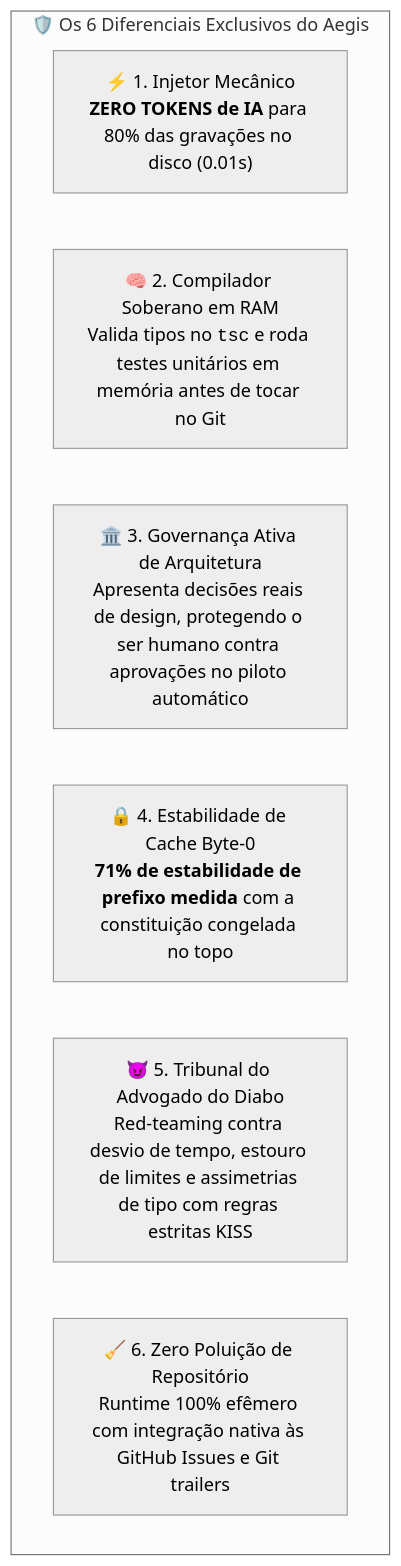
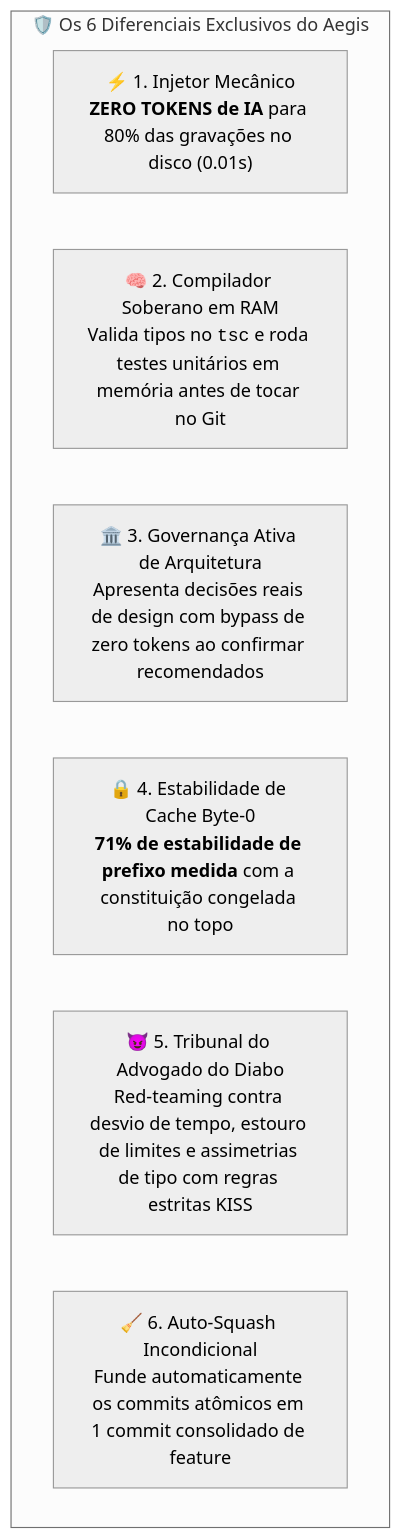
Before and after one commit to farifran/aegis-kiss: the diagram in README.pt-BR.md, drawn with Mermaid (neutral theme). The commit also changed other lines of this file and 2 other files, not shown here.

Commit message:
docs: synchronize summary.md, README.md, and README.pt-BR.md with 5-pillar ecosystem, zero-token bypass, and auto-squash architecture

````diff
--- a/README.pt-BR.md
+++ b/README.pt-BR.md
@@ -97,11 +75,11 @@
 ```mermaid
 flowchart TD
     subgraph Differentiators["🛡️ Os 6 Diferenciais Exclusivos do Aegis"]
         D1["⚡ 1. Injetor Mecânico<br/><b>ZERO TOKENS de IA</b> para 80% das gravações no disco (0.01s)"]
         D2["🧠 2. Compilador Soberano em RAM<br/>Valida tipos no <code>tsc</code> e roda testes unitários em memória antes de tocar no Git"]
-        D3["🏛️ 3. Governança Ativa de Arquitetura<br/>Apresenta decisões reais de design, protegendo o ser humano contra aprovações no piloto automático"]
+        D3["🏛️ 3. Governança Ativa de Arquitetura<br/>Apresenta decisões reais de design com bypass de zero tokens ao confirmar recomendados"]
         D4["🔒 4. Estabilidade de Cache Byte-0<br/><b>71% de estabilidade de prefixo medida</b> com a constituição congelada no topo"]
         D5["😈 5. Tribunal do Advogado do Diabo<br/>Red-teaming contra desvio de tempo, estouro de limites e assimetrias de tipo com regras estritas KISS"]
-        D6["🧹 6. Zero Poluição de Repositório<br/>Runtime 100% efêmero com integração nativa às GitHub Issues e Git trailers"]
+        D6["🧹 6. Auto-Squash Incondicional<br/>Funde automaticamente os commits atômicos em 1 commit consolidado de feature"]
     end
 ```
````
